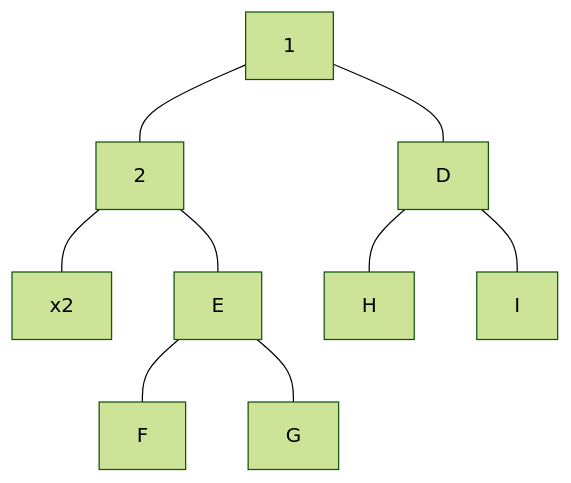
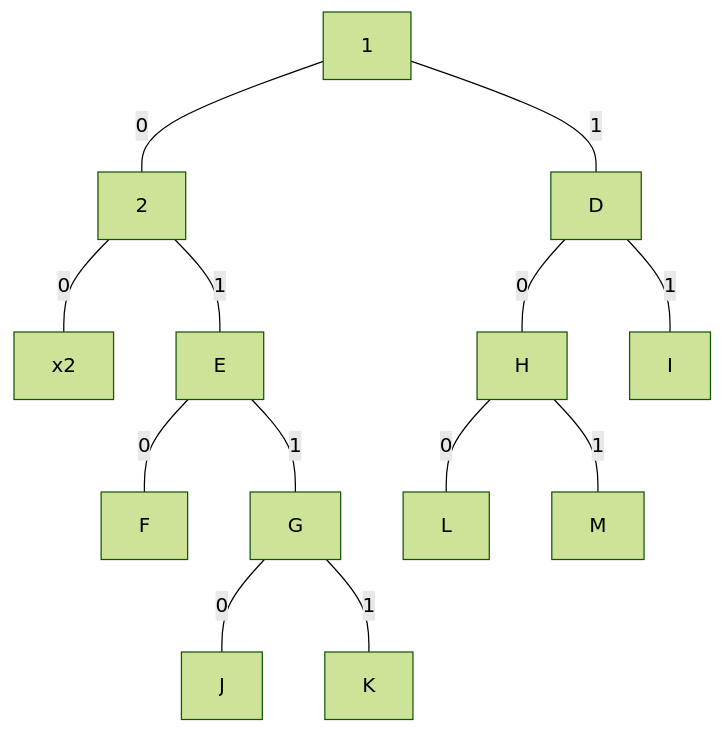
One commit to Tiggax/Zapiski changed the diagram in 2. Letnik/Podatkovne strukture in algoritmi/Untitledbb.md. Above: the diagram before and after it, drawn with Mermaid (forest theme). The commit also changed 1 other file, not shown here.

Commit message:
flyingarchie backup: 2021-11-10 15:52:28

````diff
--- a/2. Letnik/Podatkovne strukture in algoritmi/Untitledbb.md
+++ b/2. Letnik/Podatkovne strukture in algoritmi/Untitledbb.md
@@ -8,12 +8,16 @@
 ```mermaid
 graph TB;
-A[1]---B
-B[2]---C[x2]
-A---D
-D---H
-D---I
-B---E
-E---F
-E---G
+A[1]-- 0 ---B
+B[2]-- 0 ---C[x2]
+A-- 1 ---D
+D-- 0 ---H
+H-- 0 ---L
+H-- 1 ---M
+D-- 1 ---I
+B-- 1 ---E
+E-- 0 ---F
+E-- 1 ---G
+G-- 0 ---J
+G-- 1 ---K
 
 ```
````
